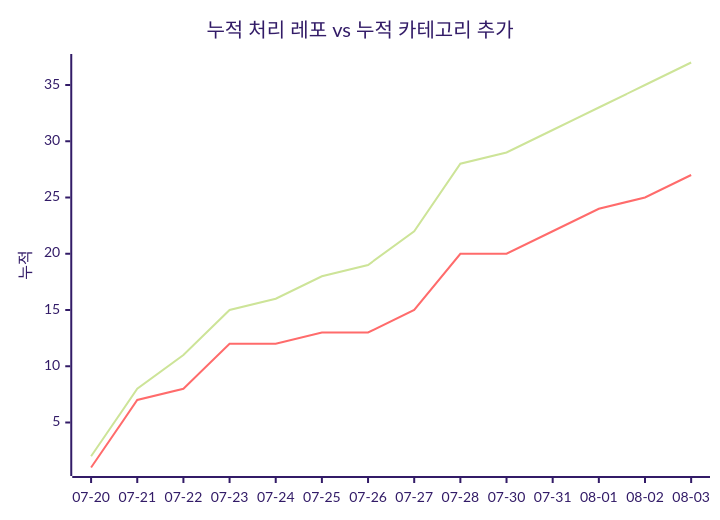
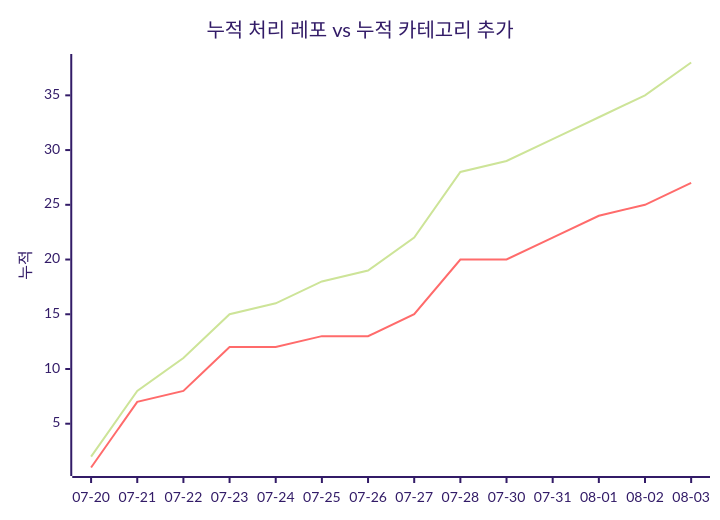
The second of 2 diagrams in docs/trends.md (J-nowcow/awesome-korean-agent-skills), drawn with Mermaid (forest theme) before and after one commit. The commit also changed other lines of this file and 2 other files, not shown here.

````diff
--- a/docs/trends.md
+++ b/docs/trends.md
@@ -68,8 +68,8 @@
 ```mermaid
 xychart-beta
     title "누적 처리 레포 vs 누적 카테고리 추가"
     x-axis ["07-20","07-21","07-22","07-23","07-24","07-25","07-26","07-27","07-28","07-30","07-31","08-01","08-02","08-03"]
     y-axis "누적"
-    line [2,8,11,15,16,18,19,22,28,29,31,33,35,37]
+    line [2,8,11,15,16,18,19,22,28,29,31,33,35,38]
     line [1,7,8,12,12,13,13,15,20,20,22,24,25,27]
 ```
````
